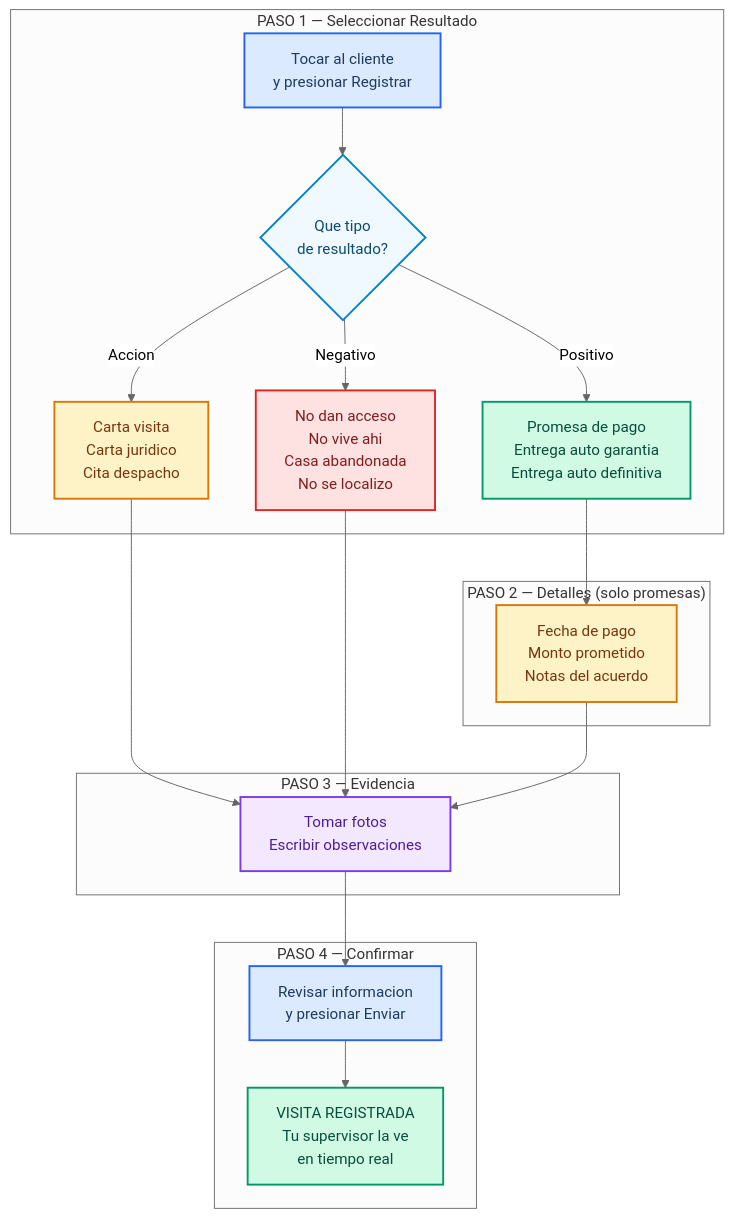
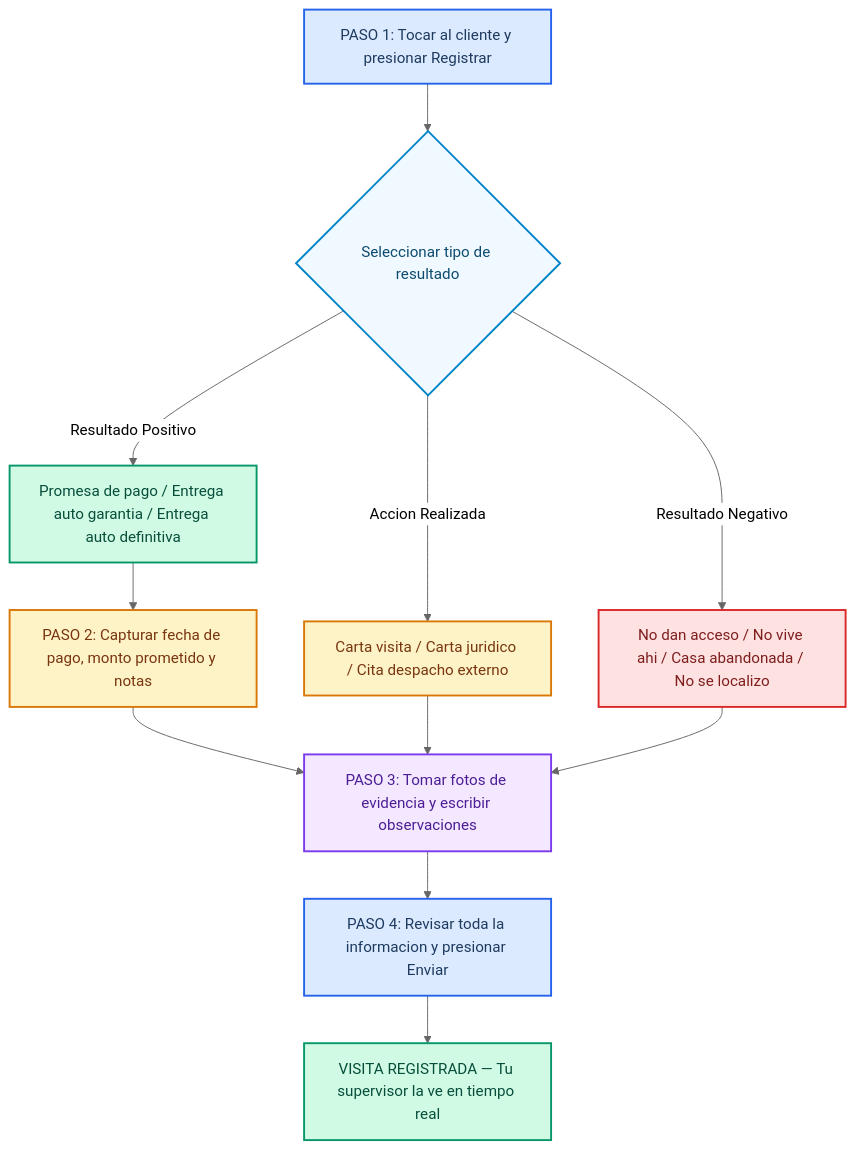
Before and after one commit to multiagents-fer/gps-platform-docs: the second of 2 diagrams in docs/guia-usuario/manual-pwa.md, drawn with Mermaid (neutral theme). The commit also changed other lines of this file and 1 other file, not shown here.

First line of the commit message:
fix(docs): redesign Mermaid diagrams — full text in nodes, no truncation

````diff
--- a/docs/guia-usuario/manual-pwa.md
+++ b/docs/guia-usuario/manual-pwa.md
@@ -203,31 +190,21 @@
 ```mermaid
 flowchart TD
-    subgraph PASO1["PASO 1 — Seleccionar Resultado"]
-        A["Tocar al cliente\ny presionar Registrar"]:::blue --> B{"Que tipo\nde resultado?"}:::decision
-        B -->|"Positivo"| C["Promesa de pago\nEntrega auto garantia\nEntrega auto definitiva"]:::green
-        B -->|"Accion"| D["Carta visita\nCarta juridico\nCita despacho"]:::amber
-        B -->|"Negativo"| E["No dan acceso\nNo vive ahi\nCasa abandonada\nNo se localizo"]:::red
-    end
-
-    subgraph PASO2["PASO 2 — Detalles (solo promesas)"]
-        C --> F["Fecha de pago\nMonto prometido\nNotas del acuerdo"]:::amber
-    end
-
-    subgraph PASO3["PASO 3 — Evidencia"]
-        D --> G["Tomar fotos\nEscribir observaciones"]:::purple
-        E --> G
-        F --> G
-    end
-
-    subgraph PASO4["PASO 4 — Confirmar"]
-        G --> H["Revisar informacion\ny presionar Enviar"]:::blue
-        H --> I["VISITA REGISTRADA\nTu supervisor la ve\nen tiempo real"]:::green
-    end
+    A["PASO 1: Tocar al cliente y presionar Registrar"]:::blue
+    A --> B{"Seleccionar tipo de resultado"}:::decision
+    B -->|"Resultado Positivo"| C["Promesa de pago / Entrega auto garantia / Entrega auto definitiva"]:::green
+    B -->|"Accion Realizada"| D["Carta visita / Carta juridico / Cita despacho externo"]:::amber
+    B -->|"Resultado Negativo"| E["No dan acceso / No vive ahi / Casa abandonada / No se localizo"]:::red
+    C --> F["PASO 2: Capturar fecha de pago, monto prometido y notas"]:::amber
+    F --> G["PASO 3: Tomar fotos de evidencia y escribir observaciones"]:::purple
+    D --> G
+    E --> G
+    G --> H["PASO 4: Revisar toda la informacion y presionar Enviar"]:::blue
+    H --> I["VISITA REGISTRADA — Tu supervisor la ve en tiempo real"]:::green
 
     classDef blue fill:#dbeafe,stroke:#2563eb,stroke-width:2px,color:#1e3a5f
     classDef green fill:#d1fae5,stroke:#059669,stroke-width:2px,color:#064e3b
     classDef amber fill:#fef3c7,stroke:#d97706,stroke-width:2px,color:#78350f
     classDef red fill:#fee2e2,stroke:#dc2626,stroke-width:2px,color:#7f1d1d
     classDef purple fill:#f3e8ff,stroke:#7c3aed,stroke-width:2px,color:#4c1d95
     classDef decision fill:#f0f9ff,stroke:#0284c7,stroke-width:2px,color:#0c4a6e
 ```
````
